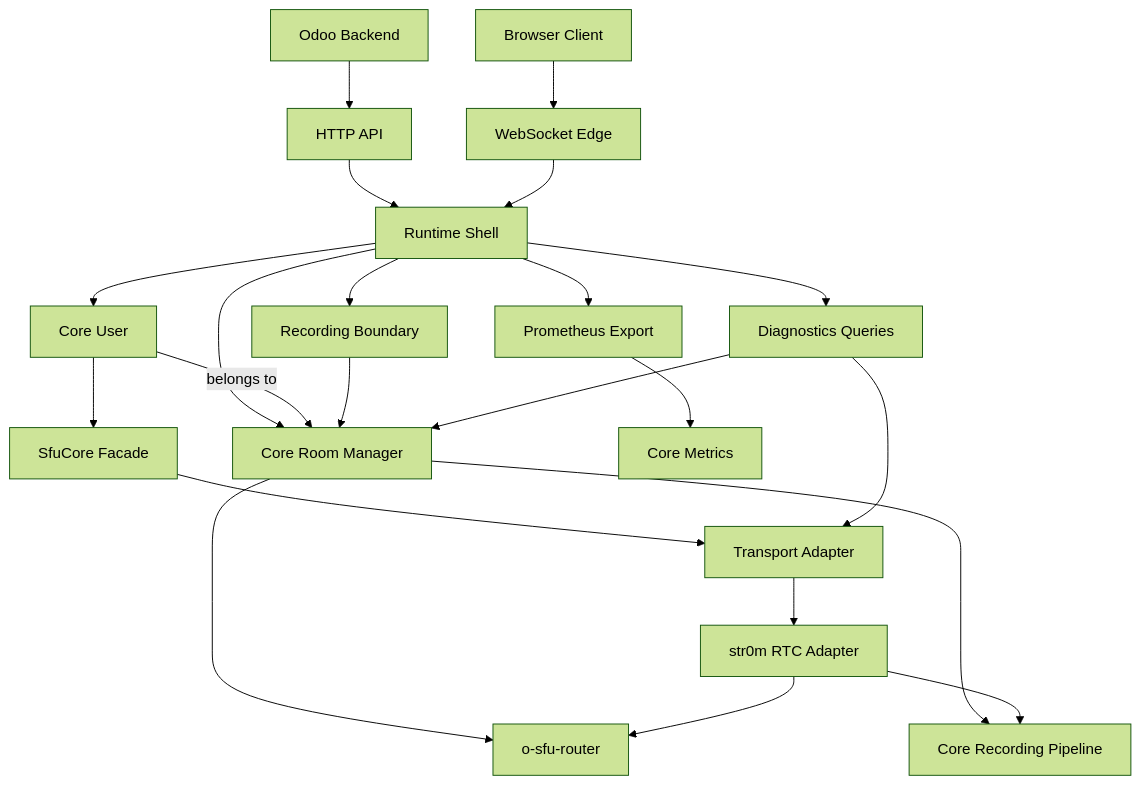
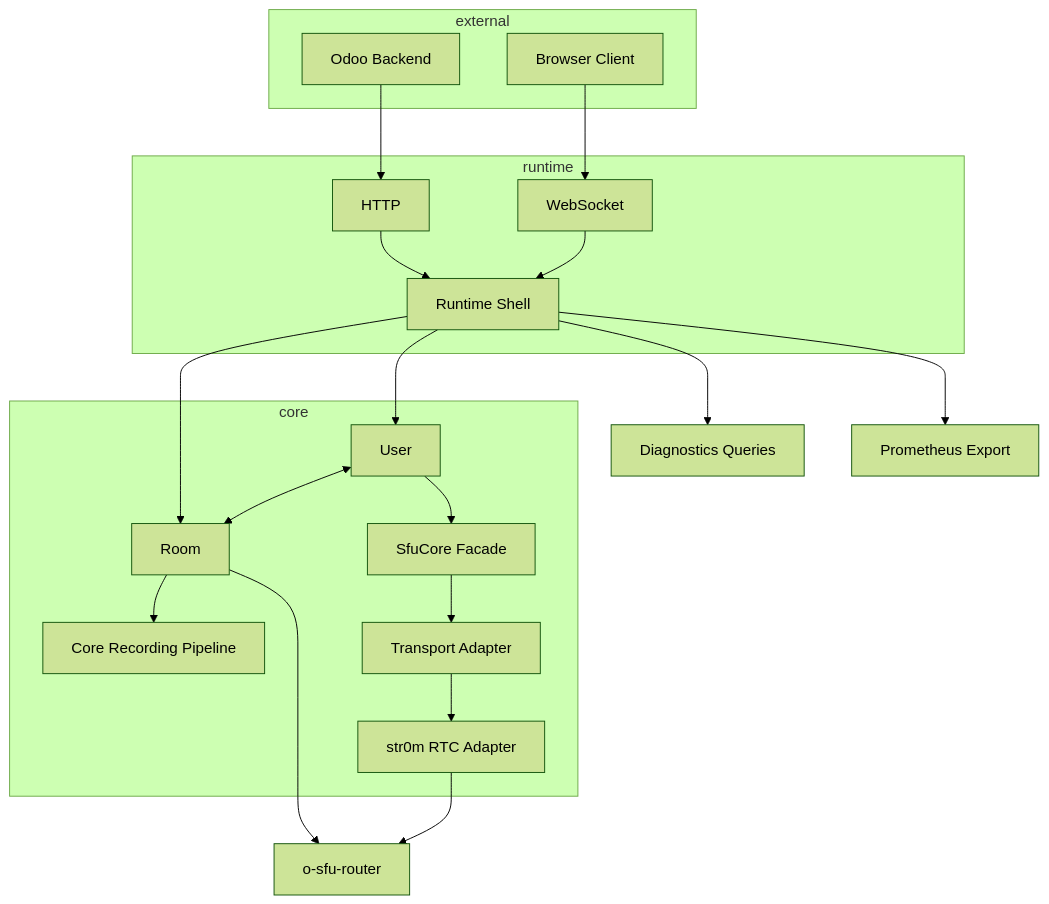
Before and after one commit to ThanhDodeurOdoo/o-sfu: the diagram in README.md, drawn with Mermaid (forest theme). The commit also changed 16 other files, not shown here.

Commit message:
[REF] remove redundant runtime room

````diff
--- a/README.md
+++ b/README.md
@@ -21,24 +21,35 @@
 ```mermaid
 flowchart TD
-    Odoo["Odoo Backend"] --> Http["HTTP API"]
-    Browser["Browser Client"] --> Ws["WebSocket Edge"]
+    subgraph "external"
+       Odoo["Odoo Backend"]
+       Browser["Browser Client"]
+    end
+    subgraph "runtime"
+      Runtime
+      Http
+      Ws
+    end
+    subgraph "core"
+      User
+      Sfu["SfuCore Facade"]
+      Room
+      Recording
+      Transport
+      Rtc
+    end
+    Odoo --> Http["HTTP"]
+    Browser --> Ws["WebSocket"]
     Http --> Runtime["Runtime Shell"]
     Ws --> Runtime
-    Runtime --> Rooms["Core Room Manager"]
-    Runtime --> User["Core User"]
-    User -- "belongs to" --> Rooms
-    User --> Sfu["SfuCore Facade"]
-    Runtime --> RecordingBoundary["Recording Boundary"]
-    RecordingBoundary --> Rooms
+    Runtime --> Room
+    Runtime --> User
+    User <--> Room
+    User --> Sfu
     Sfu --> Transport["Transport Adapter"]
     Transport --> Rtc["str0m RTC Adapter"]
-    Rooms --> Router["o-sfu-router"]
-    Rooms --> Recording["Core Recording Pipeline"]
+    Room --> Router["o-sfu-router"]
+    Room --> Recording["Core Recording Pipeline"]
     Rtc --> Router
-    Rtc --> Recording
+    Runtime --> Diagnostics["Diagnostics Queries"]
     Runtime --> MetricsExport["Prometheus Export"]
-    Runtime --> Diagnostics["Diagnostics Queries"]
-    Diagnostics --> Rooms
-    Diagnostics --> Transport
-    MetricsExport --> CoreMetrics["Core Metrics"]
 ```
````
